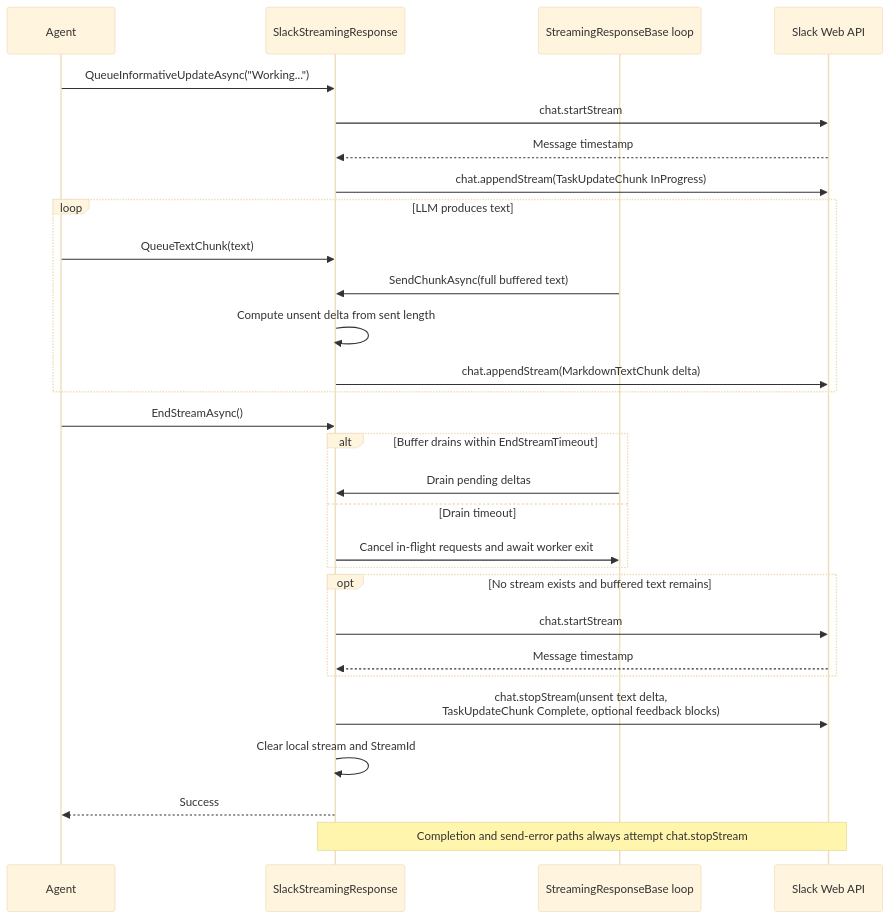
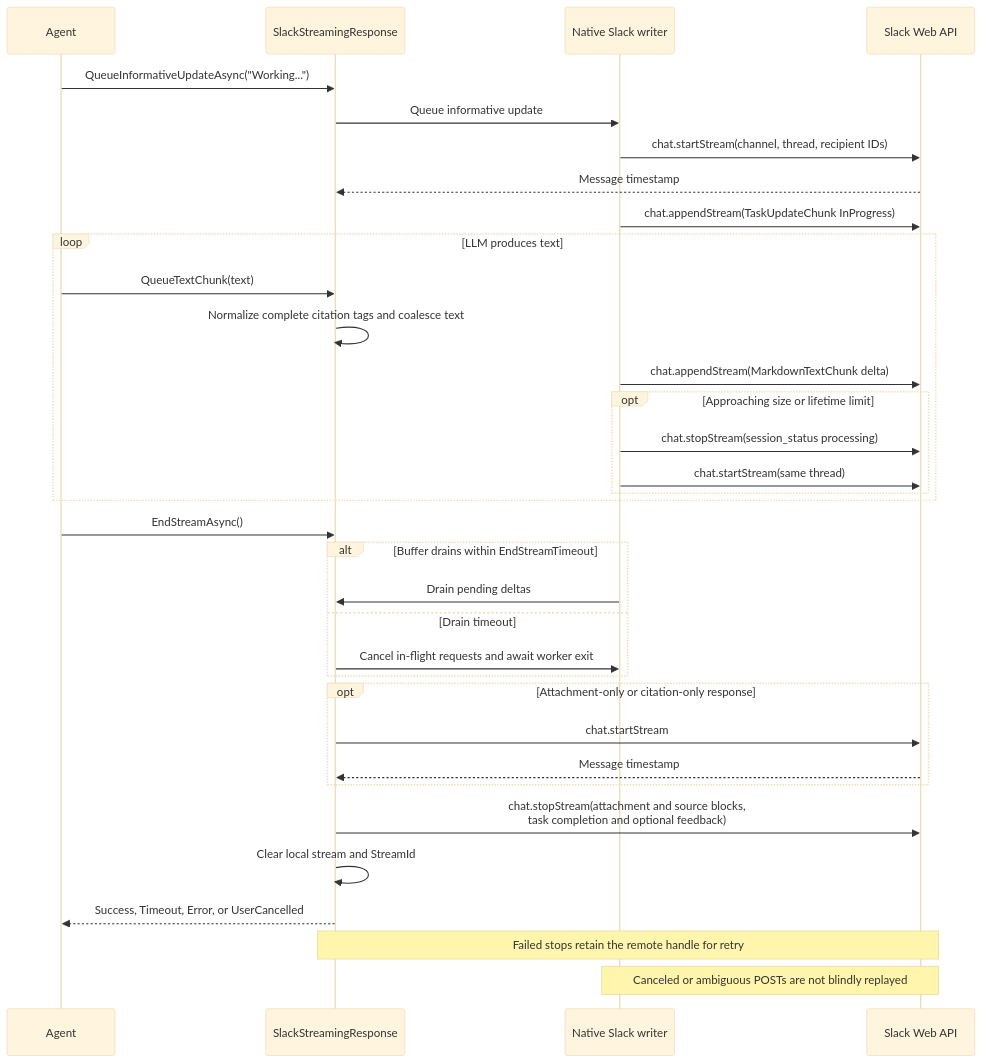
The sixth of 7 diagrams in docs/streaming-response-sequence-diagram.md (microsoft/Agents-for-net), drawn with Mermaid (base theme) before and after one commit. The commit also changed other lines of this file and 20 other files, not shown here.

Commit message:
slack native IStreamingResponse

````diff
--- a/docs/streaming-response-sequence-diagram.md
+++ b/docs/streaming-response-sequence-diagram.md
@@ -249,35 +254,40 @@
 ```mermaid
 sequenceDiagram
     participant Agent
     participant Response as SlackStreamingResponse
-    participant Worker as StreamingResponseBase loop
+    participant Worker as Native Slack writer
     participant Slack as Slack Web API
 
     Agent->>Response: QueueInformativeUpdateAsync("Working...")
-    Response->>Slack: chat.startStream
+    Response->>Worker: Queue informative update
+    Worker->>Slack: chat.startStream(channel, thread, recipient IDs)
     Slack-->>Response: Message timestamp
-    Response->>Slack: chat.appendStream(TaskUpdateChunk InProgress)
+    Worker->>Slack: chat.appendStream(TaskUpdateChunk InProgress)
 
     loop LLM produces text
         Agent->>Response: QueueTextChunk(text)
-        Worker->>Response: SendChunkAsync(full buffered text)
-        Response->>Response: Compute unsent delta from sent length
-        Response->>Slack: chat.appendStream(MarkdownTextChunk delta)
+        Response->>Response: Normalize complete citation tags and coalesce text
+        Worker->>Slack: chat.appendStream(MarkdownTextChunk delta)
+        opt Approaching size or lifetime limit
+            Worker->>Slack: chat.stopStream(session_status processing)
+            Worker->>Slack: chat.startStream(same thread)
+        end
     end
 
     Agent->>Response: EndStreamAsync()
     alt Buffer drains within EndStreamTimeout
         Worker->>Response: Drain pending deltas
     else Drain timeout
         Response->>Worker: Cancel in-flight requests and await worker exit
     end
-    opt No stream exists and buffered text remains
+    opt Attachment-only or citation-only response
         Response->>Slack: chat.startStream
         Slack-->>Response: Message timestamp
     end
-    Response->>Slack: chat.stopStream(unsent text delta,<br/>TaskUpdateChunk Complete, optional feedback blocks)
+    Response->>Slack: chat.stopStream(attachment and source blocks,<br/>task completion and optional feedback)
     Response->>Response: Clear local stream and StreamId
-    Response-->>Agent: Success
+    Response-->>Agent: Success, Timeout, Error, or UserCancelled
 
-    Note over Response,Slack: Completion and send-error paths always attempt chat.stopStream
+    Note over Response,Slack: Failed stops retain the remote handle for retry
+    Note over Worker,Slack: Canceled or ambiguous POSTs are not blindly replayed
 ```
````
